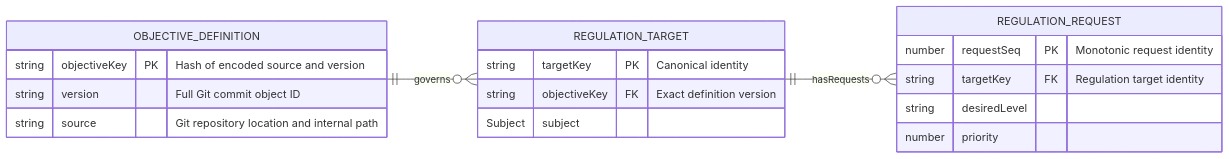
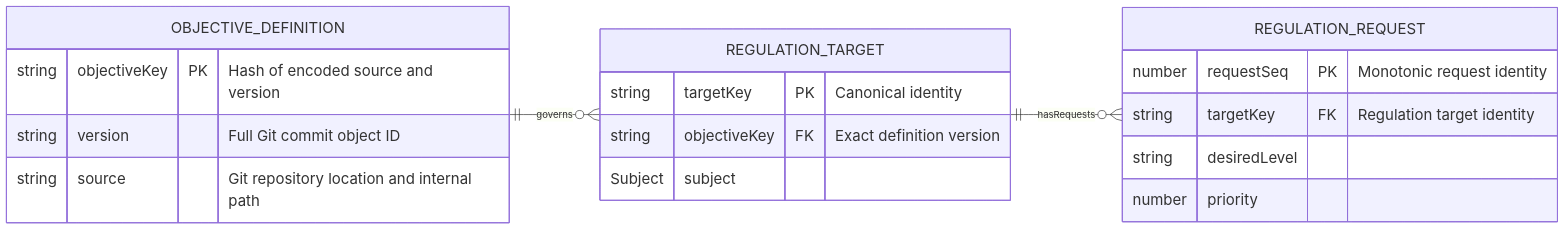
Before and after one commit to shazhou-ww/potential-guide: the first of 2 diagrams in .silvermoon/ideas/01M5E7N9F5Y0ZN1SYKDFYEVA20/outer/inner/ideal/Types.md, drawn with Mermaid. The commit also changed other lines of this file and 2 other files, not shown here.

Commit message:
docs: prevent ER diagram text clipping with consistent fonts

````diff
--- a/.silvermoon/ideas/01M5E7N9F5Y0ZN1SYKDFYEVA20/outer/inner/ideal/Types.md
+++ b/.silvermoon/ideas/01M5E7N9F5Y0ZN1SYKDFYEVA20/outer/inner/ideal/Types.md
@@ -43,23 +43,34 @@
 ```mermaid
+---
+config:
+  fontFamily: Arial, Helvetica, sans-serif
+  themeVariables:
+    fontFamily: Arial, Helvetica, sans-serif
+    fontSize: 22px
+  er:
+    minEntityWidth: 280
+    entityPadding: 24
+    diagramPadding: 24
+---
 erDiagram
     direction LR
     OBJECTIVE_DEFINITION ||--o{ REGULATION_TARGET : governs
     REGULATION_TARGET ||--o{ REGULATION_REQUEST : hasRequests
 
     OBJECTIVE_DEFINITION {
         string objectiveKey PK "Hash of encoded source and version"
         string version "Full Git commit object ID"
         string source "Git repository location and internal path"
     }
     REGULATION_REQUEST {
         number requestSeq PK "Monotonic request identity"
         string targetKey FK "Regulation target identity"
         string desiredLevel
         number priority
     }
     REGULATION_TARGET {
         string targetKey PK "Canonical identity"
         string objectiveKey FK "Exact definition version"
         Subject subject
     }
 ```
````
